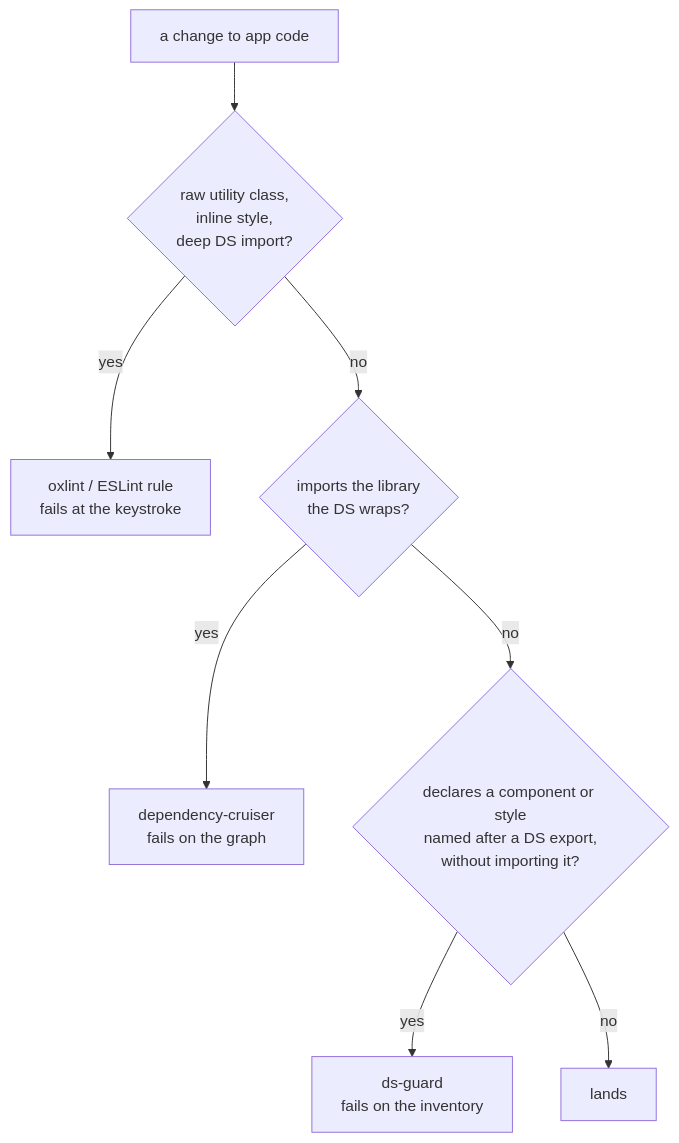
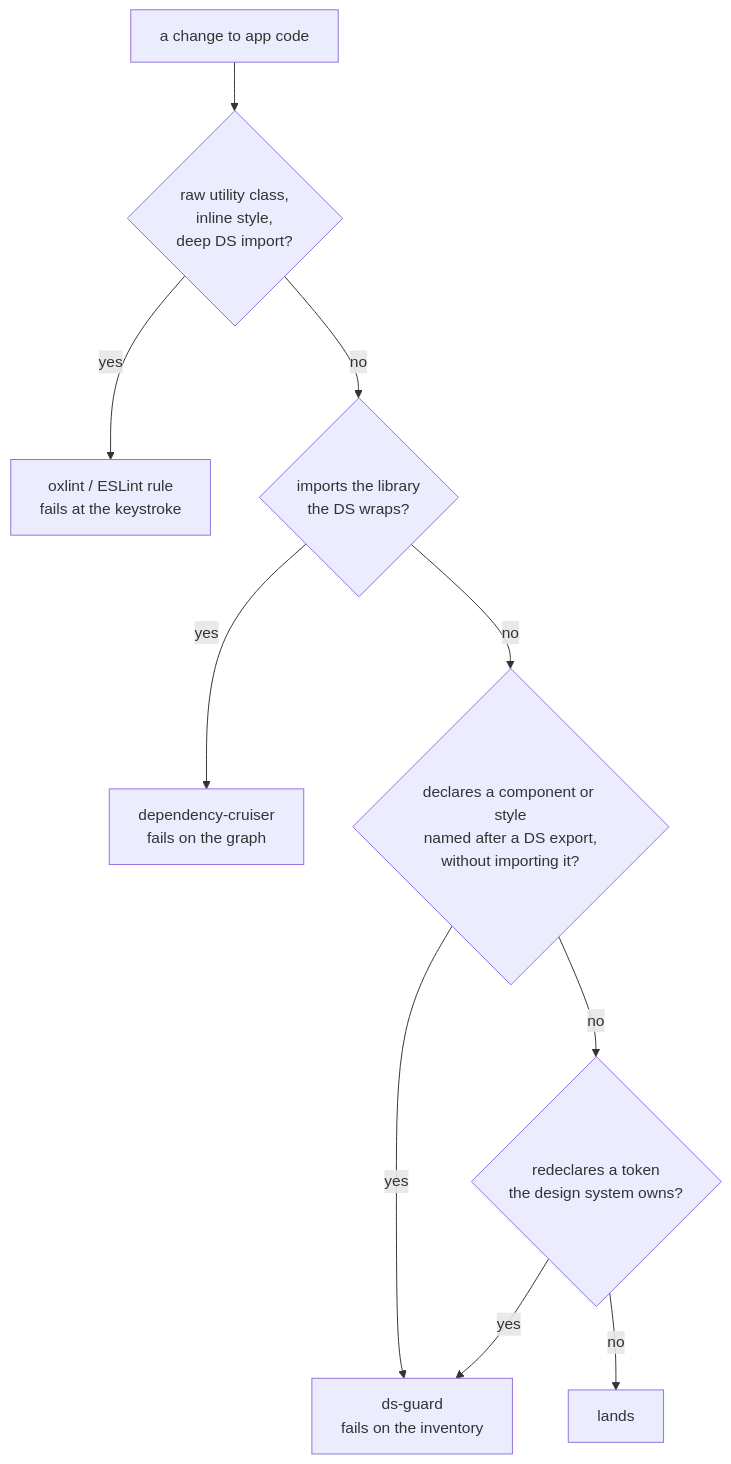
Before and after one commit to TheDuckGoesQuark/CampingTrip: the diagram in scripts/ds-guard/README.md, drawn with Mermaid. The commit also changed other lines of this file and 8 other files, not shown here.

````diff
--- a/scripts/ds-guard/README.md
+++ b/scripts/ds-guard/README.md
@@ -29,10 +29,12 @@
 ```mermaid
 flowchart TD
     A[a change to app code] --> B{"raw utility class,<br/>inline style,<br/>deep DS import?"}
     B -->|yes| L1[oxlint / ESLint rule<br/>fails at the keystroke]
     B -->|no| C{"imports the library<br/>the DS wraps?"}
     C -->|yes| L2[dependency-cruiser<br/>fails on the graph]
     C -->|no| D{"declares a component or style<br/>named after a DS export,<br/>without importing it?"}
     D -->|yes| L3[ds-guard<br/>fails on the inventory]
-    D -->|no| E[lands]
+    D -->|no| F{"redeclares a token<br/>the design system owns?"}
+    F -->|yes| L3
+    F -->|no| E[lands]
 ```
````
